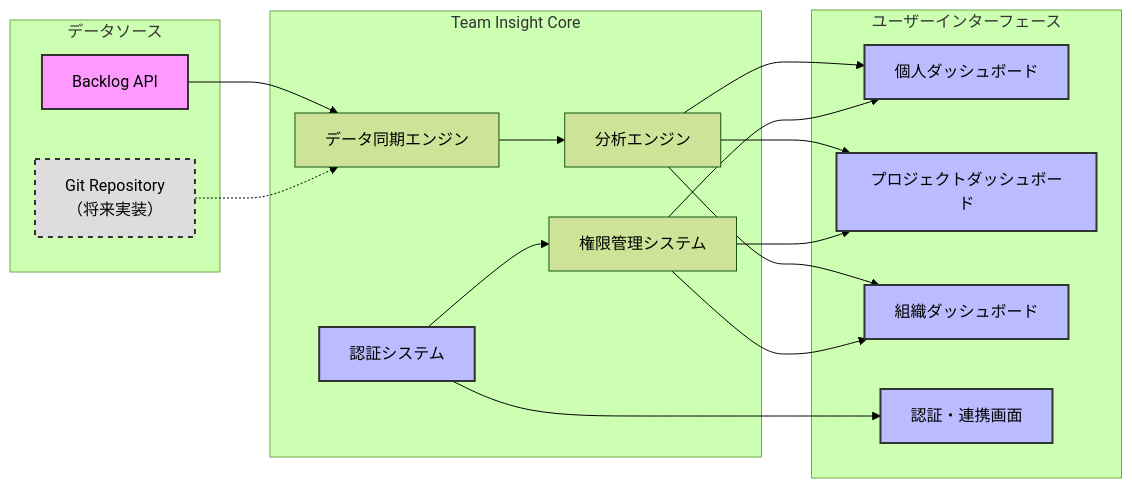
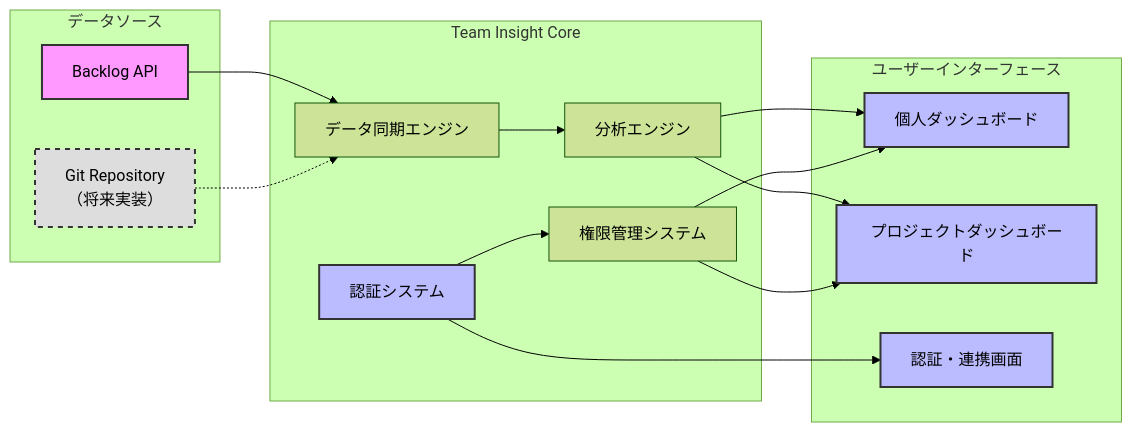
Before and after one commit to rasshii/team-insight: the third of 13 diagrams in Doc/mvp.md, drawn with Mermaid (forest theme). The commit also changed other lines of this file and 64 other files, not shown here.

````diff
--- a/Doc/mvp.md
+++ b/Doc/mvp.md
@@ -86,41 +87,37 @@
 ```mermaid
 graph LR
     subgraph "データソース"
         A[Backlog API]
         B[Git Repository<br>（将来実装）]
     end
 
     subgraph "Team Insight Core"
         C[データ同期エンジン]
         D[分析エンジン]
         E[権限管理システム]
         F[認証システム]
     end
 
     subgraph "ユーザーインターフェース"
         G[個人ダッシュボード]
         H[プロジェクトダッシュボード]
-        I[組織ダッシュボード]
         J[認証・連携画面]
     end
 
     A --> C
     B -.-> C
     C --> D
     D --> G
     D --> H
-    D --> I
     E --> G
     E --> H
-    E --> I
     F --> J
     F --> E
 
     style A fill:#f9f,stroke:#333,stroke-width:2px
     style B fill:#ddd,stroke:#333,stroke-width:2px,stroke-dasharray: 5 5
     style F fill:#bbf,stroke:#333,stroke-width:2px
     style G fill:#bbf,stroke:#333,stroke-width:2px
     style H fill:#bbf,stroke:#333,stroke-width:2px
-    style I fill:#bbf,stroke:#333,stroke-width:2px
     style J fill:#bbf,stroke:#333,stroke-width:2px
 ```
````
